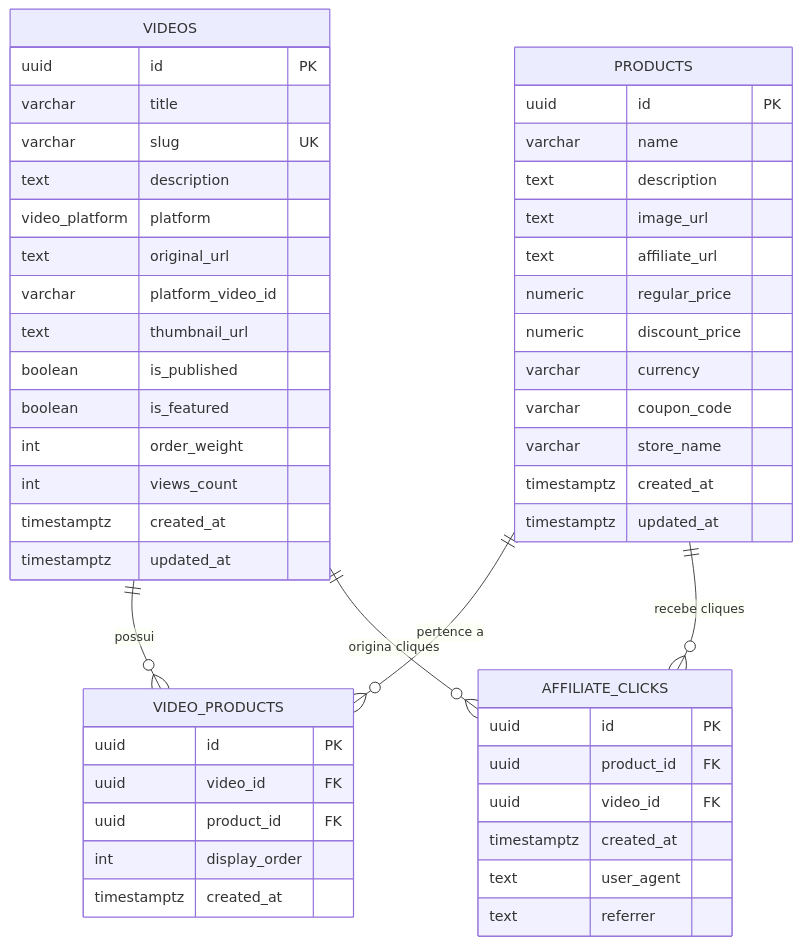
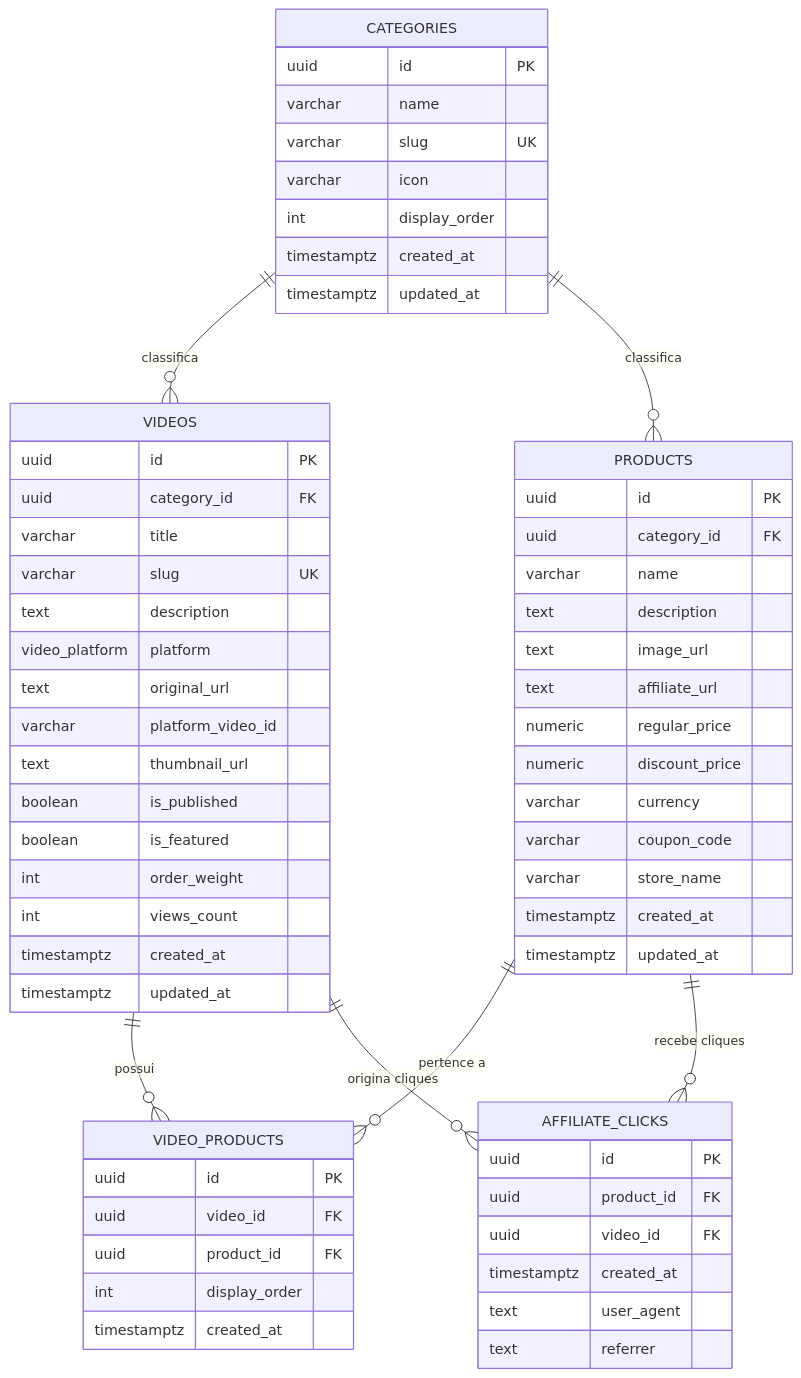
Before and after one commit to TheCheepeer/Promocuts: the diagram in docs/DATABASE.md, drawn with Mermaid. The commit also changed other lines of this file and 4 other files, not shown here.

````diff
--- a/docs/DATABASE.md
+++ b/docs/DATABASE.md
@@ -9,56 +9,70 @@
 ```mermaid
 erDiagram
+    CATEGORIES ||--o{ VIDEOS : "classifica"
+    CATEGORIES ||--o{ PRODUCTS : "classifica"
     VIDEOS ||--o{ VIDEO_PRODUCTS : "possui"
     PRODUCTS ||--o{ VIDEO_PRODUCTS : "pertence a"
     PRODUCTS ||--o{ AFFILIATE_CLICKS : "recebe cliques"
     VIDEOS ||--o{ AFFILIATE_CLICKS : "origina cliques"
 
+    CATEGORIES {
+        uuid id PK
+        varchar name
+        varchar slug UK
+        varchar icon
+        int display_order
+        timestamptz created_at
+        timestamptz updated_at
+    }
+
     VIDEOS {
         uuid id PK
+        uuid category_id FK
         varchar title
         varchar slug UK
         text description
         video_platform platform
         text original_url
         varchar platform_video_id
         text thumbnail_url
         boolean is_published
         boolean is_featured
         int order_weight
         int views_count
         timestamptz created_at
         timestamptz updated_at
     }
 
     PRODUCTS {
         uuid id PK
+        uuid category_id FK
         varchar name
         text description
         text image_url
         text affiliate_url
         numeric regular_price
         numeric discount_price
         varchar currency
         varchar coupon_code
         varchar store_name
         timestamptz created_at
         timestamptz updated_at
     }
 
     VIDEO_PRODUCTS {
         uuid id PK
         uuid video_id FK
         uuid product_id FK
         int display_order
         timestamptz created_at
     }
 
     AFFILIATE_CLICKS {
         uuid id PK
         uuid product_id FK
         uuid video_id FK
         timestamptz created_at
         text user_agent
         text referrer
     }
 ```
````
